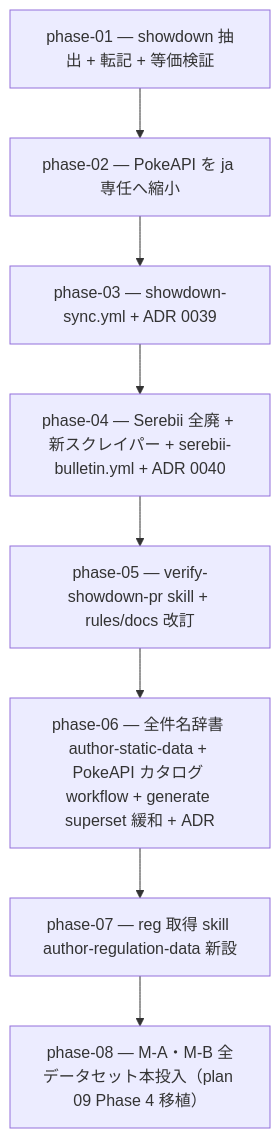
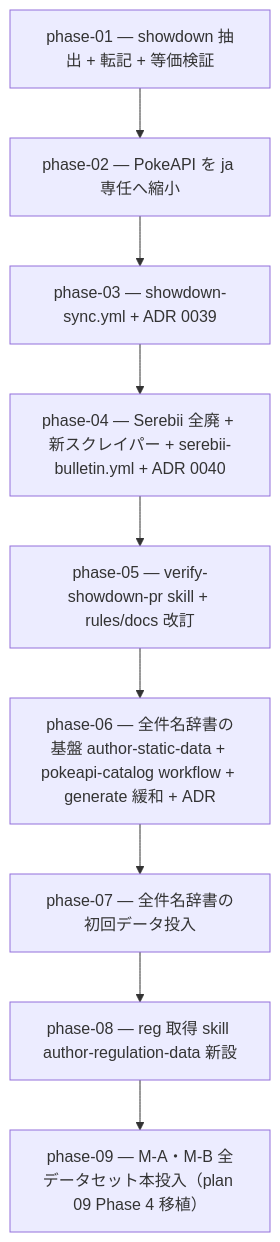
Before and after one commit to subroh0508/pokeform: the diagram in docs/roadmap/10-showdown-first-data/README.md, drawn with Mermaid. The commit also changed other lines of this file and 10 other files, not shown here.

First line of the commit message:
docs(roadmap): review 反映 — Phase 6 を基盤/データ投入に分割 + mega 分担明示 + 生成物肥大注記

````diff
--- a/docs/roadmap/10-showdown-first-data/README.md
+++ b/docs/roadmap/10-showdown-first-data/README.md
@@ -9,10 +9,11 @@
 ```mermaid
 flowchart TD
     P1[phase-01 — showdown 抽出 + 転記 + 等価検証] --> P2[phase-02 — PokeAPI を ja 専任へ縮小]
     P2 --> P3[phase-03 — showdown-sync.yml + ADR 0039]
     P3 --> P4[phase-04 — Serebii 全廃 + 新スクレイパー + serebii-bulletin.yml + ADR 0040]
     P4 --> P5[phase-05 — verify-showdown-pr skill + rules/docs 改訂]
-    P5 --> P6[phase-06 — 全件名辞書 author-static-data + PokeAPI カタログ workflow + generate superset 緩和 + ADR]
-    P6 --> P7[phase-07 — reg 取得 skill author-regulation-data 新設]
-    P7 --> P8[phase-08 — M-A・M-B 全データセット本投入（plan 09 Phase 4 移植）]
+    P5 --> P6[phase-06 — 全件名辞書の基盤 author-static-data + pokeapi-catalog workflow + generate 緩和 + ADR]
+    P6 --> P7[phase-07 — 全件名辞書の初回データ投入]
+    P7 --> P8[phase-08 — reg 取得 skill author-regulation-data 新設]
+    P8 --> P9[phase-09 — M-A・M-B 全データセット本投入（plan 09 Phase 4 移植）]
 ```
````
